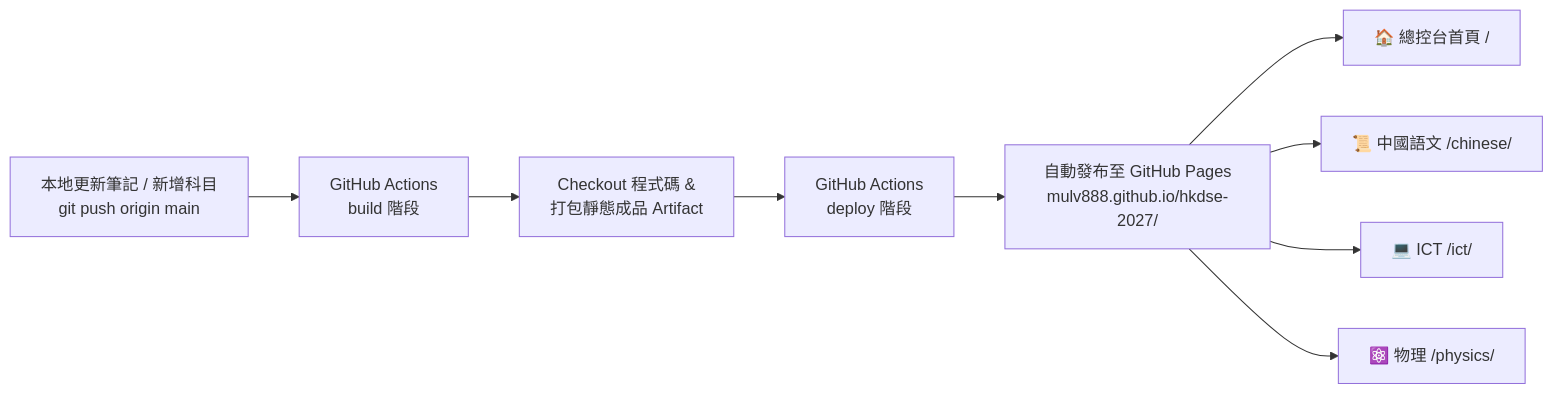
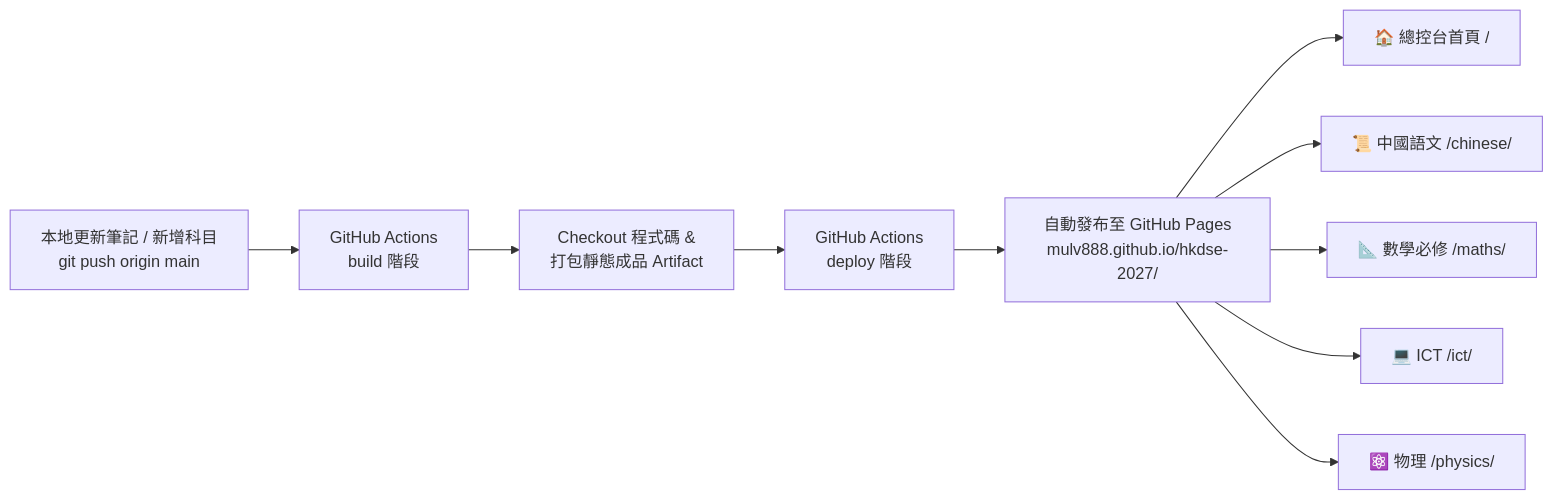
The diagram in README.md (mulv888/hkdse-2027), drawn with Mermaid before and after one commit. The commit also changed other lines of this file and 13 other files, not shown here.

````diff
--- a/README.md
+++ b/README.md
@@ -106,11 +117,12 @@
 ```mermaid
 flowchart LR
     A["本地更新筆記 / 新增科目<br/>git push origin main"] --> B["GitHub Actions<br/>build 階段"]
     B --> C["Checkout 程式碼 &<br/>打包靜態成品 Artifact"]
     C --> D["GitHub Actions<br/>deploy 階段"]
     D --> E["自動發布至 GitHub Pages<br/>mulv888.github.io/hkdse-2027/"]
     E --> F1["🏠 總控台首頁 /"]
     E --> F2["📜 中國語文 /chinese/"]
-    E --> F3["💻 ICT /ict/"]
-    E --> F4["⚛️ 物理 /physics/"]
+    E --> F3["📐 數學必修 /maths/"]
+    E --> F4["💻 ICT /ict/"]
+    E --> F5["⚛️ 物理 /physics/"]
 ```
````
